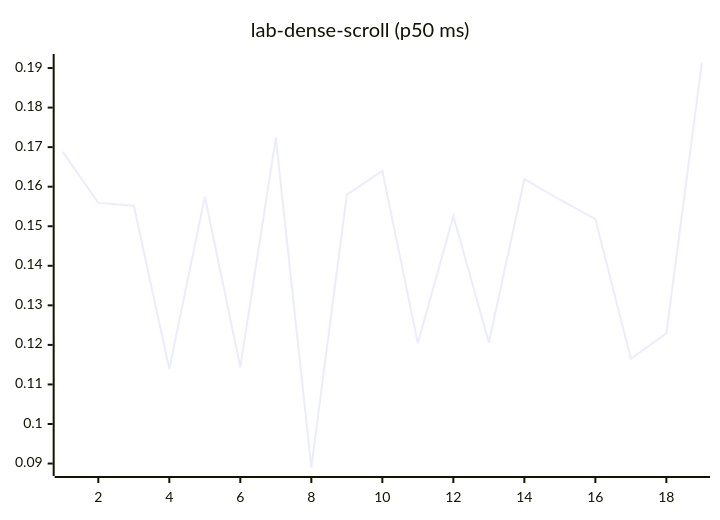
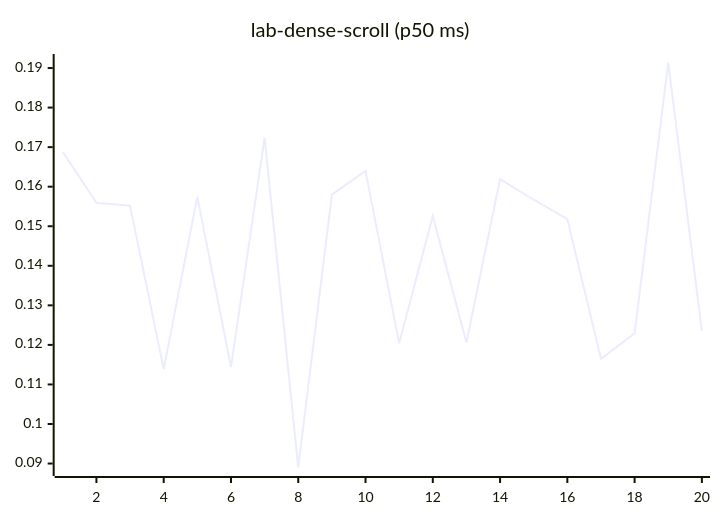
One commit to josha/Facet changed diagram 12 of 27 in README.md. Above: the diagram before and after it, drawn with Mermaid. The commit also changed other lines of this file and 2 other files, not shown here.

````diff
--- a/README.md
+++ b/README.md
@@ -140,6 +140,6 @@
 ```mermaid
 xychart-beta
     title "lab-dense-scroll (p50 ms)"
-    x-axis 1 --> 19
-    line [0.1688, 0.1559, 0.1552, 0.1139, 0.1575, 0.1144, 0.1724, 0.0890, 0.1580, 0.1640, 0.1204, 0.1526, 0.1206, 0.1619, 0.1567, 0.1518, 0.1165, 0.1229, 0.1914]
+    x-axis 1 --> 20
+    line [0.1688, 0.1559, 0.1552, 0.1139, 0.1575, 0.1144, 0.1724, 0.0890, 0.1580, 0.1640, 0.1204, 0.1526, 0.1206, 0.1619, 0.1567, 0.1518, 0.1165, 0.1229, 0.1914, 0.1235]
 ```
````
